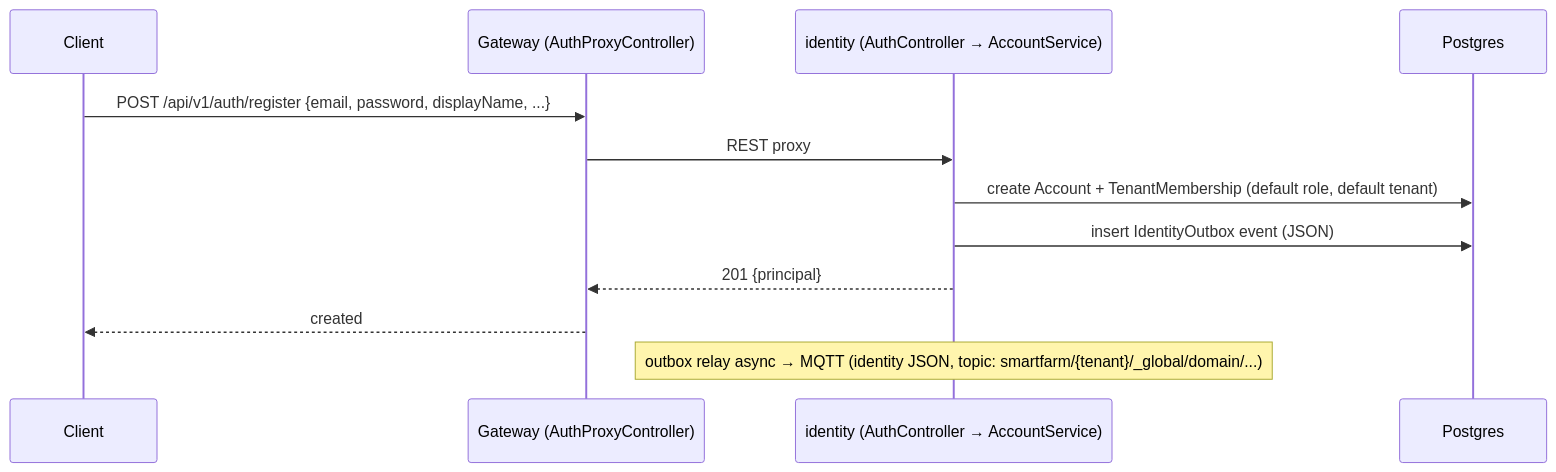
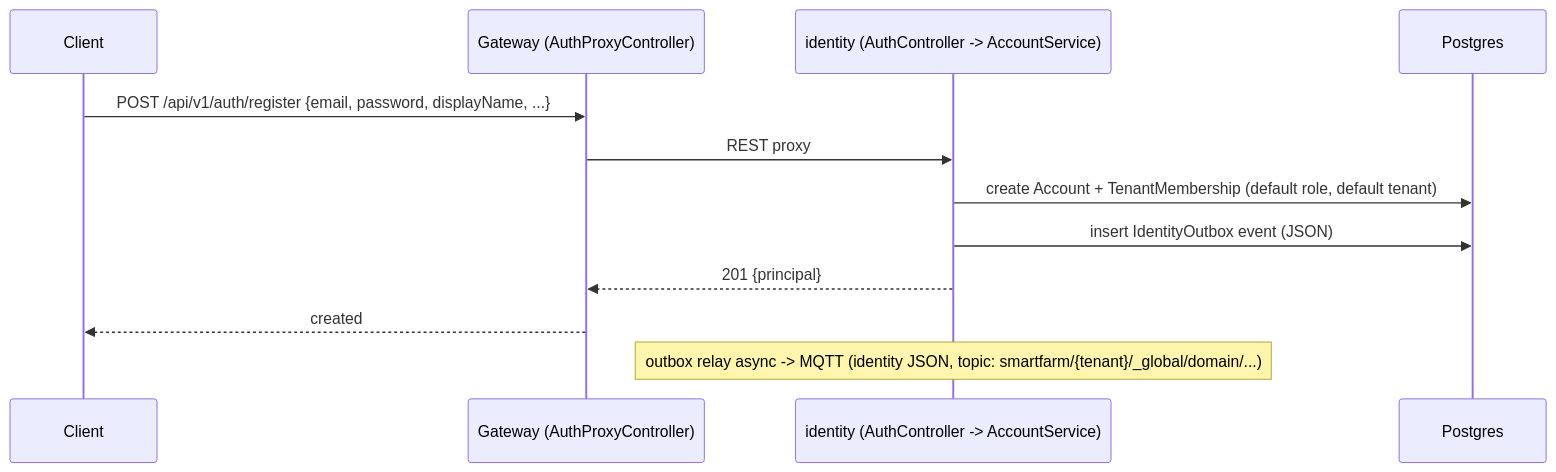
Before and after one commit to hatrongvu13/smartfarm-platform-maven-starter: the second of 6 diagrams in docs/architecture/request-flows.md, drawn with Mermaid. The commit also changed other lines of this file and 4 other files, not shown here.

````diff
--- a/docs/architecture/request-flows.md
+++ b/docs/architecture/request-flows.md
@@ -35,14 +35,14 @@
 ```mermaid
 sequenceDiagram
   participant C as Client
   participant GW as Gateway (AuthProxyController)
-  participant ID as identity (AuthController → AccountService)
+  participant ID as identity (AuthController -> AccountService)
   participant PG as Postgres
   C->>GW: POST /api/v1/auth/register {email, password, displayName, ...}
   GW->>ID: REST proxy
   ID->>PG: create Account + TenantMembership (default role, default tenant)
   ID->>PG: insert IdentityOutbox event (JSON)
   ID-->>GW: 201 {principal}
   GW-->>C: created
-  Note over ID: outbox relay async → MQTT (identity JSON, topic: smartfarm/{tenant}/_global/domain/...)
+  Note over ID: outbox relay async -> MQTT (identity JSON, topic: smartfarm/{tenant}/_global/domain/...)
 ```
````
